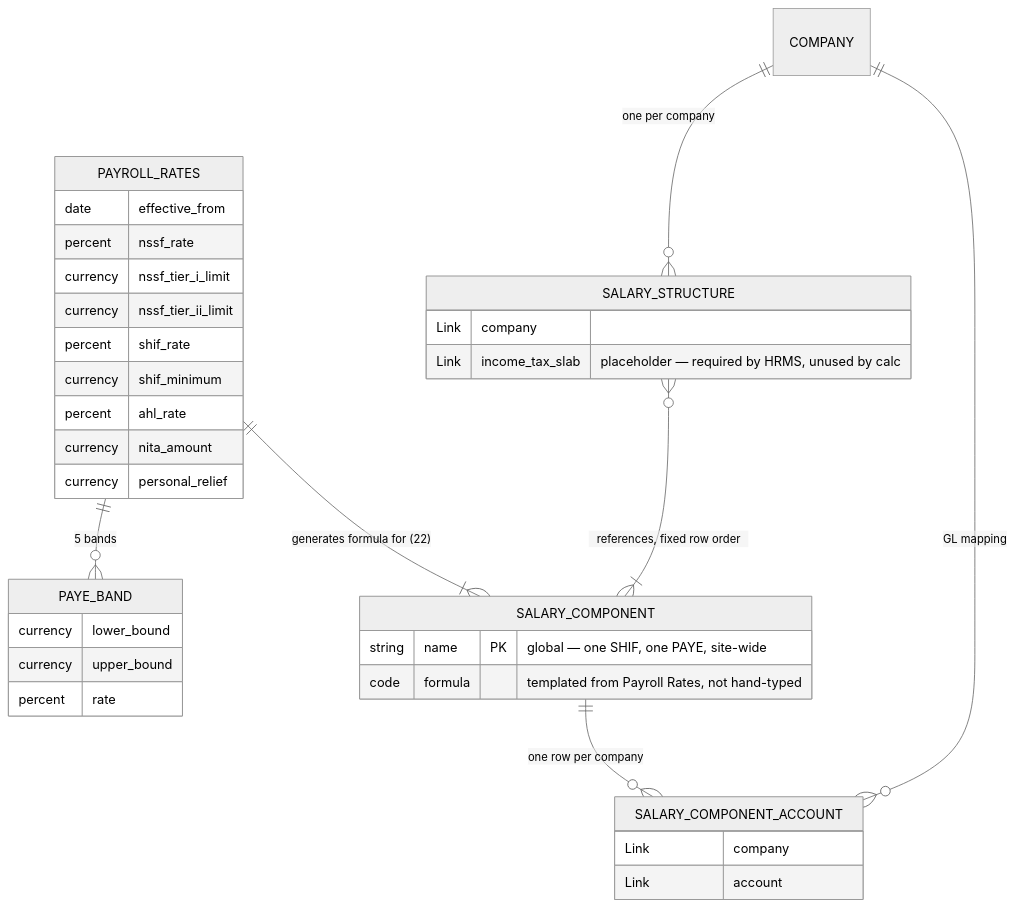
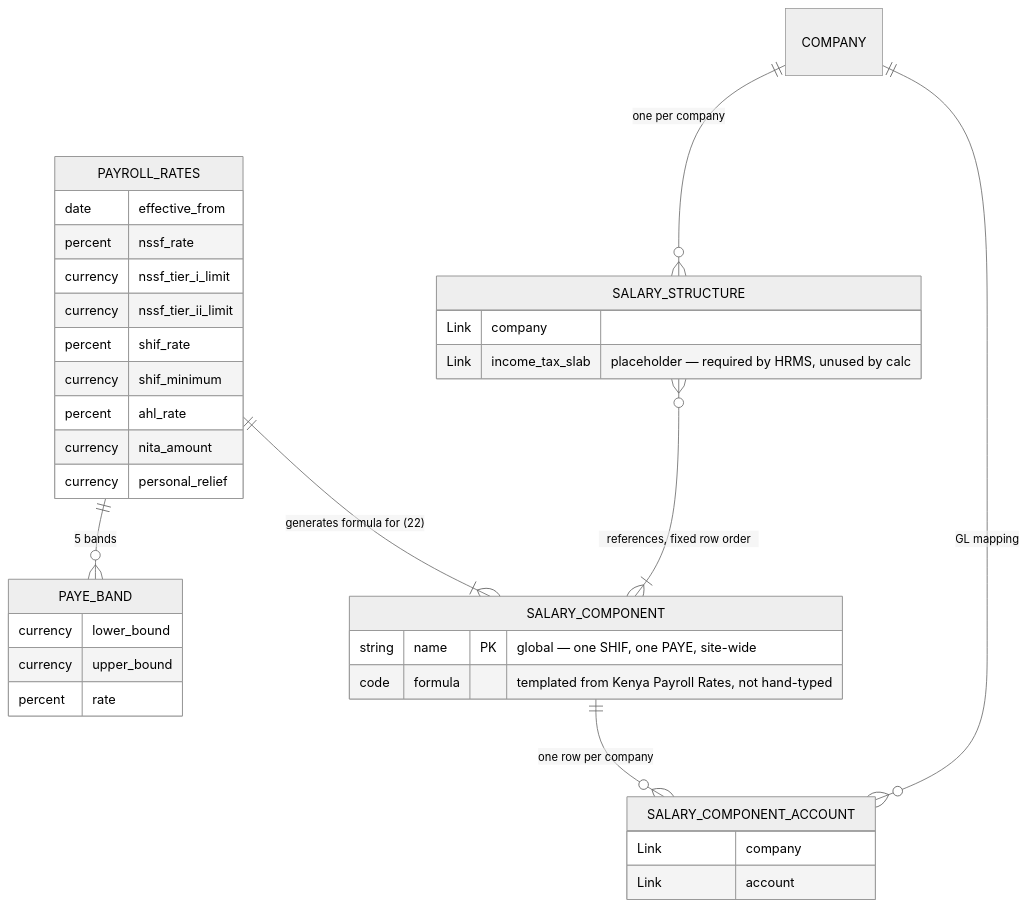
The second of 4 diagrams in docs/architecture.md (royceltd/en_royce_payroll_ke), drawn with Mermaid (neutral theme) before and after one commit. The commit also changed other lines of this file and 84 other files, not shown here.

First line of the commit message:
Customer-facing names: Kenya Payroll (ADR-021)

````diff
--- a/docs/architecture.md
+++ b/docs/architecture.md
@@ -436,38 +436,38 @@
 ```mermaid
 erDiagram
     PAYROLL_RATES ||--o{ PAYE_BAND : "5 bands"
     PAYROLL_RATES ||--|{ SALARY_COMPONENT : "generates formula for (22)"
     SALARY_COMPONENT ||--o{ SALARY_COMPONENT_ACCOUNT : "one row per company"
     COMPANY ||--o{ SALARY_COMPONENT_ACCOUNT : "GL mapping"
     COMPANY ||--o{ SALARY_STRUCTURE : "one per company"
     SALARY_STRUCTURE }o--|{ SALARY_COMPONENT : "references, fixed row order"
 
     PAYROLL_RATES {
         date effective_from
         percent nssf_rate
         currency nssf_tier_i_limit
         currency nssf_tier_ii_limit
         percent shif_rate
         currency shif_minimum
         percent ahl_rate
         currency nita_amount
         currency personal_relief
     }
     PAYE_BAND {
         currency lower_bound
         currency upper_bound
         percent rate
     }
     SALARY_COMPONENT {
         string name PK "global — one SHIF, one PAYE, site-wide"
-        code formula "templated from Payroll Rates, not hand-typed"
+        code formula "templated from Kenya Payroll Rates, not hand-typed"
     }
     SALARY_COMPONENT_ACCOUNT {
         Link company
         Link account
     }
     SALARY_STRUCTURE {
         Link company
         Link income_tax_slab "placeholder — required by HRMS, unused by calc"
     }
 ```
````
